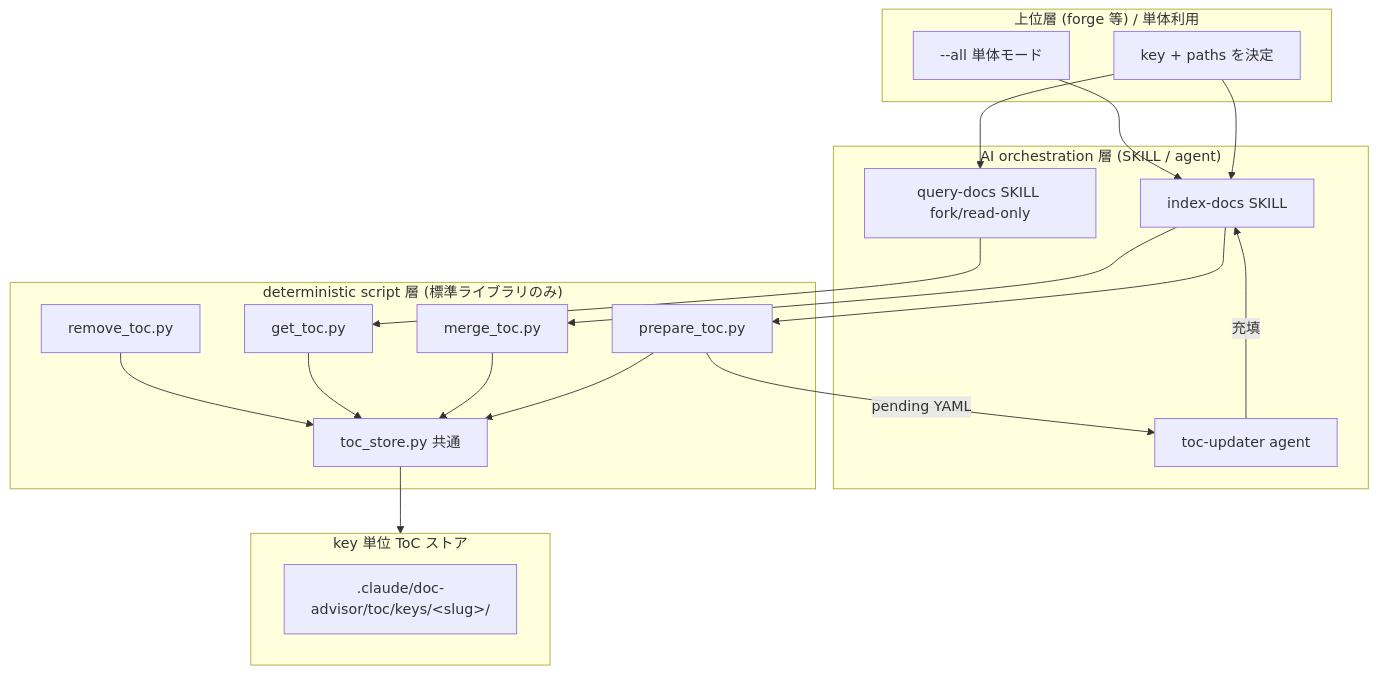
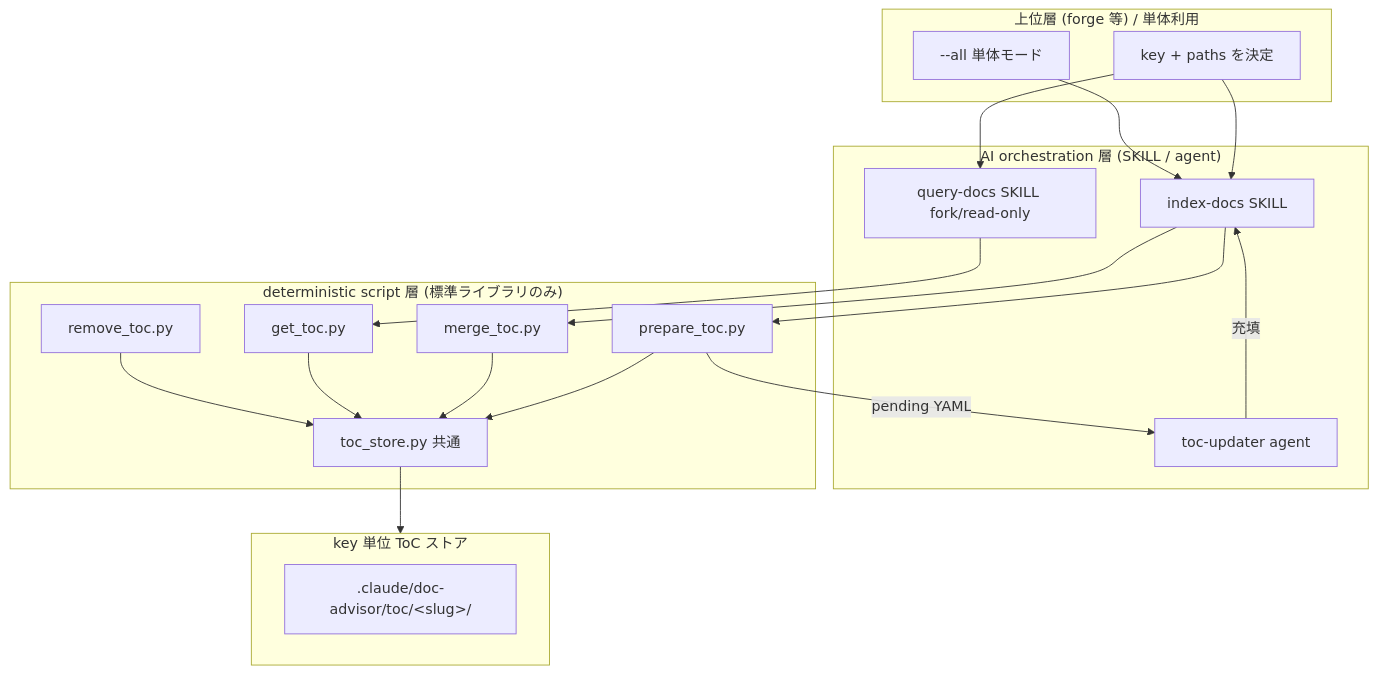
One commit to BlueEventHorizon/DocAdvisor-CC changed the first of 7 diagrams in docs/specs/base/design/DES-005_toc_generation_flow.md. Above: the diagram before and after it, drawn with Mermaid. The commit also changed other lines of this file and 15 other files, not shown here.

````diff
--- a/docs/specs/base/design/DES-005_toc_generation_flow.md
+++ b/docs/specs/base/design/DES-005_toc_generation_flow.md
@@ -29,39 +29,39 @@
 ```mermaid
 flowchart TB
     subgraph Upper["上位層 (forge 等) / 単体利用"]
         U1[key + paths を決定]
         U2[--all 単体モード]
     end
 
     subgraph AI["AI orchestration 層 (SKILL / agent)"]
         S1[index-docs SKILL]
         S2[query-docs SKILL fork/read-only]
         A1[toc-updater agent]
     end
 
     subgraph Det["deterministic script 層 (標準ライブラリのみ)"]
         P1[prepare_toc.py]
         P2[merge_toc.py]
         P3[get_toc.py]
         P4[remove_toc.py]
         C1[toc_store.py 共通]
     end
 
     subgraph Store["key 単位 ToC ストア"]
-        ST[.claude/doc-advisor/toc/keys/&lt;slug&gt;/]
+        ST[.claude/doc-advisor/toc/&lt;slug&gt;/]
     end
 
     U1 --> S1
     U2 --> S1
     U1 --> S2
     S1 --> P1
     P1 -->|pending YAML| A1
     A1 -->|充填| S1
     S1 --> P2
     S2 --> P3
     P1 --> C1
     P2 --> C1
     P3 --> C1
     P4 --> C1
     C1 --> Store
 ```
````
